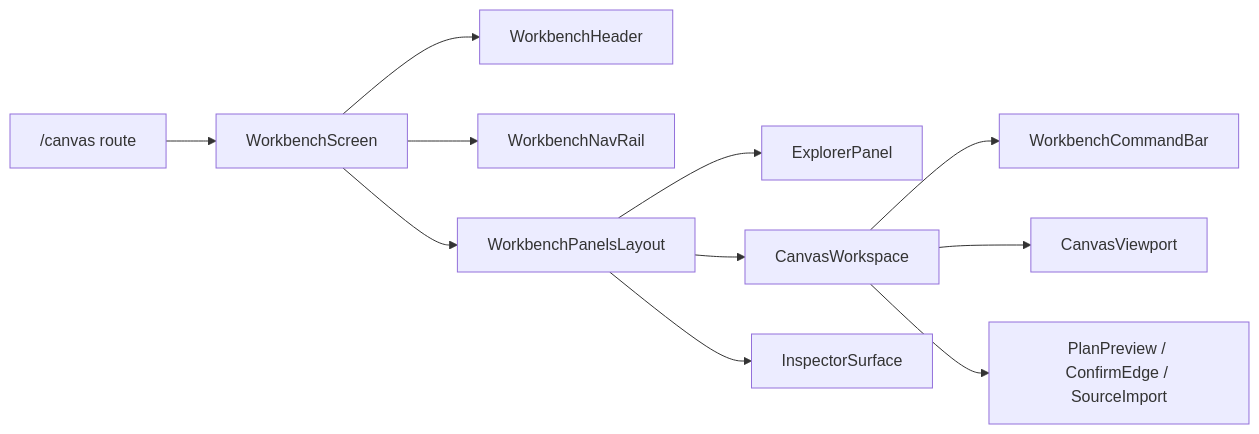
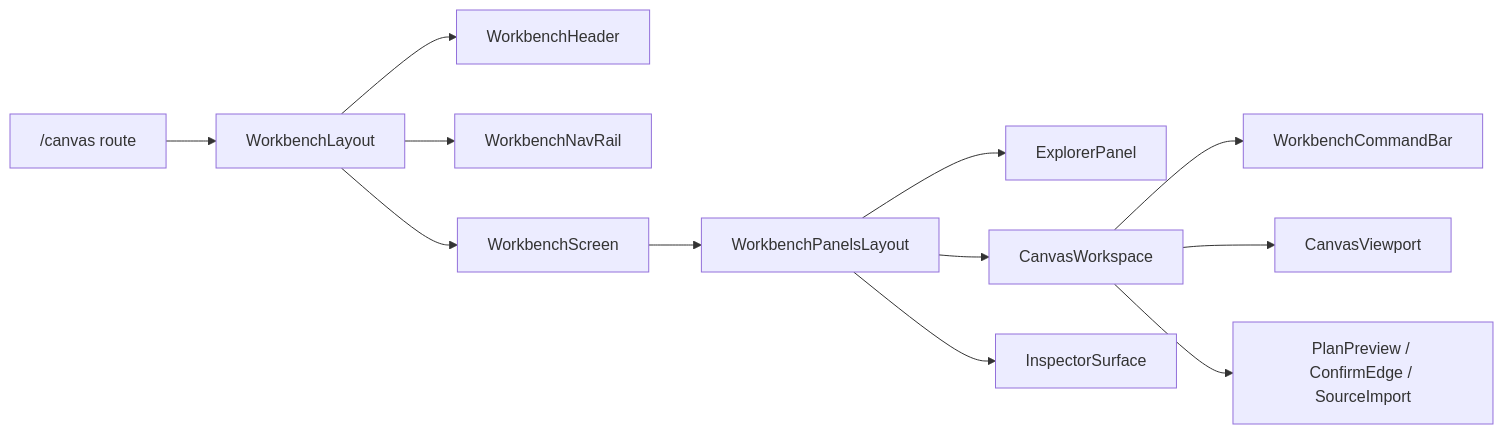
Before and after one commit to dunay2/dvt: the first of 4 diagrams in docs/architecture/frontend/review/frontend-workbench-core-product-componentization-plan.md, drawn with Mermaid. The commit also changed other lines of this file and 5 other files, not shown here.

Commit message:
docs(docs): Align workbench shell congruence docs

````diff
--- a/docs/architecture/frontend/review/frontend-workbench-core-product-componentization-plan.md
+++ b/docs/architecture/frontend/review/frontend-workbench-core-product-componentization-plan.md
@@ -90,15 +90,16 @@
 ```mermaid
 flowchart LR
-    AppRoute["/canvas route"] --> WorkbenchScreen["WorkbenchScreen"]
-    WorkbenchScreen --> ShellHeader["WorkbenchHeader"]
-    WorkbenchScreen --> NavRail["WorkbenchNavRail"]
+    AppRoute["/canvas route"] --> Layout["WorkbenchLayout"]
+    Layout --> ShellHeader["WorkbenchHeader"]
+    Layout --> NavRail["WorkbenchNavRail"]
+    Layout --> WorkbenchScreen["WorkbenchScreen"]
     WorkbenchScreen --> PanelsLayout["WorkbenchPanelsLayout"]
 
     PanelsLayout --> Explorer["ExplorerPanel"]
     PanelsLayout --> CanvasSurface["CanvasWorkspace"]
     PanelsLayout --> Inspector["InspectorSurface"]
 
     CanvasSurface --> CommandBar["WorkbenchCommandBar"]
     CanvasSurface --> Viewport["CanvasViewport"]
     CanvasSurface --> Modals["PlanPreview / ConfirmEdge / SourceImport"]
 ```
````
